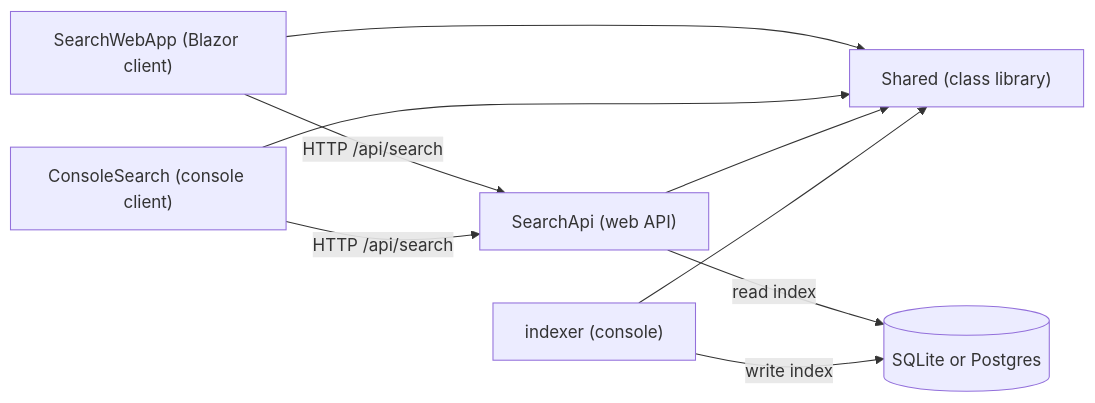
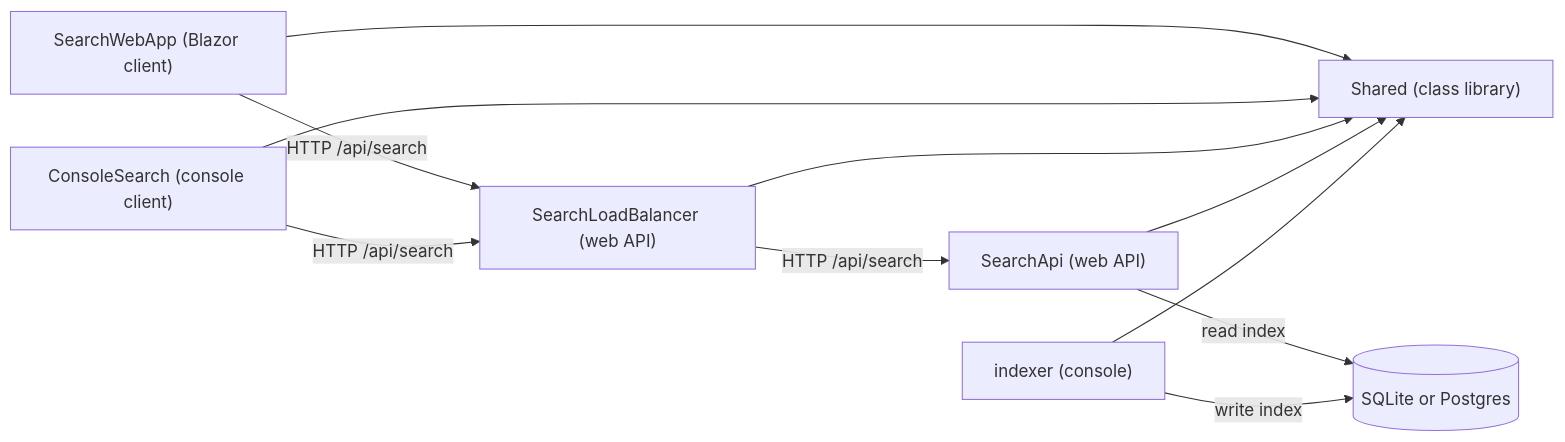
Before and after one commit to Viggodrengen/-SearchProject: the first of 7 diagrams in architecture.md, drawn with Mermaid. The commit also changed other lines of this file and 22 other files, not shown here.

Commit message:
feat: add x-scale load balancer for SearchApi

````diff
--- a/architecture.md
+++ b/architecture.md
@@ -24,13 +25,15 @@
 ```mermaid
 flowchart LR
     Indexer["indexer (console)"] --> Shared["Shared (class library)"]
     SearchApi["SearchApi (web API)"] --> Shared
+    SearchLoadBalancer["SearchLoadBalancer (web API)"] --> Shared
     ConsoleSearch["ConsoleSearch (console client)"] --> Shared
     SearchWebApp["SearchWebApp (Blazor client)"] --> Shared
 
-    ConsoleSearch -->|"HTTP /api/search"| SearchApi
-    SearchWebApp -->|"HTTP /api/search"| SearchApi
+    ConsoleSearch -->|"HTTP /api/search"| SearchLoadBalancer
+    SearchWebApp -->|"HTTP /api/search"| SearchLoadBalancer
+    SearchLoadBalancer -->|"HTTP /api/search"| SearchApi
 
     Indexer -->|"write index"| DB[("SQLite or Postgres")]
     SearchApi -->|"read index"| DB
 ```
````
